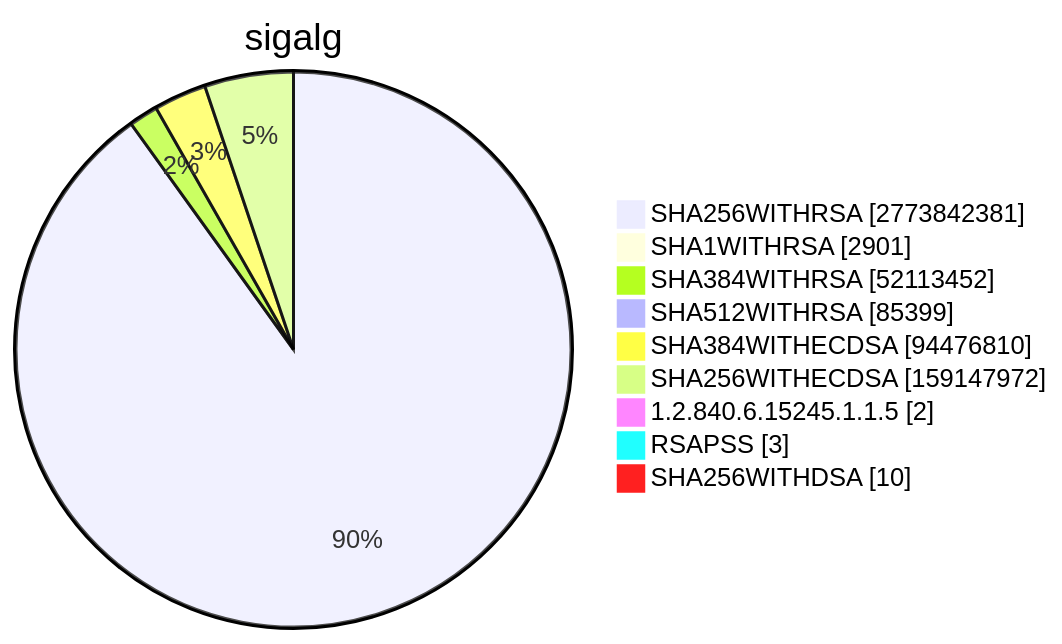
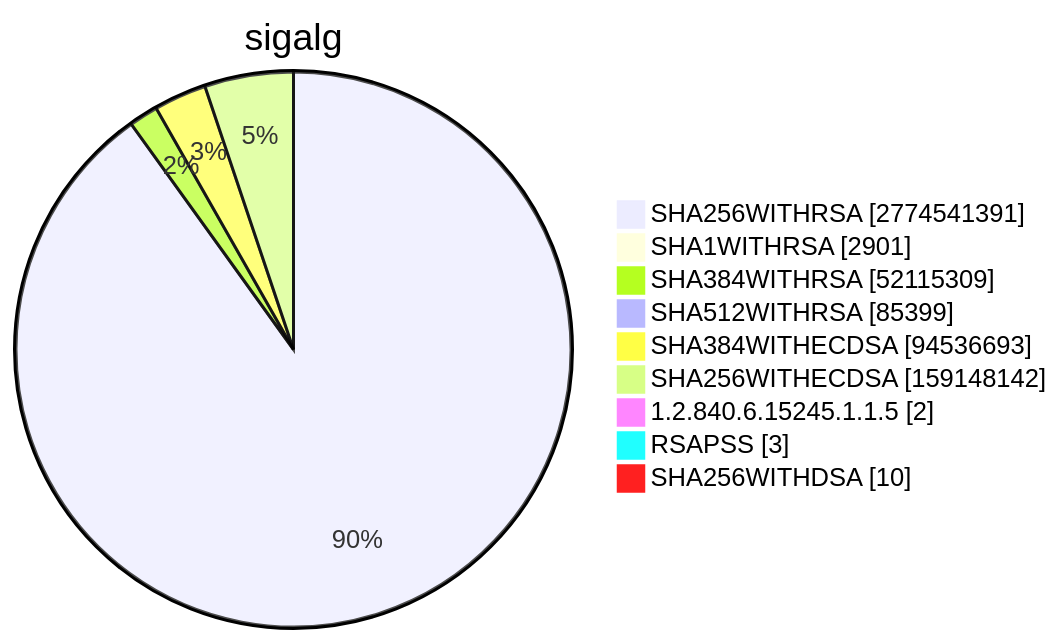
Diagram 15 of 15 in TOTAL/README.md (christiankrug/ctmonitor_visualization), drawn with Mermaid before and after one commit. The commit also changed other lines of this file, not shown here.

````diff
--- a/TOTAL/README.md
+++ b/TOTAL/README.md
@@ -6205,13 +6205,13 @@
 ```mermaid
 pie showData
 title sigalg
-"SHA256WITHRSA" :2773842381
+"SHA256WITHRSA" :2774541391
 "SHA1WITHRSA" :2901
-"SHA384WITHRSA" :52113452
+"SHA384WITHRSA" :52115309
 "SHA512WITHRSA" :85399
-"SHA384WITHECDSA" :94476810
-"SHA256WITHECDSA" :159147972
+"SHA384WITHECDSA" :94536693
+"SHA256WITHECDSA" :159148142
 "1.2.840.6.15245.1.1.5" :2
 "RSAPSS" :3
 "SHA256WITHDSA" :10
 ```
````
